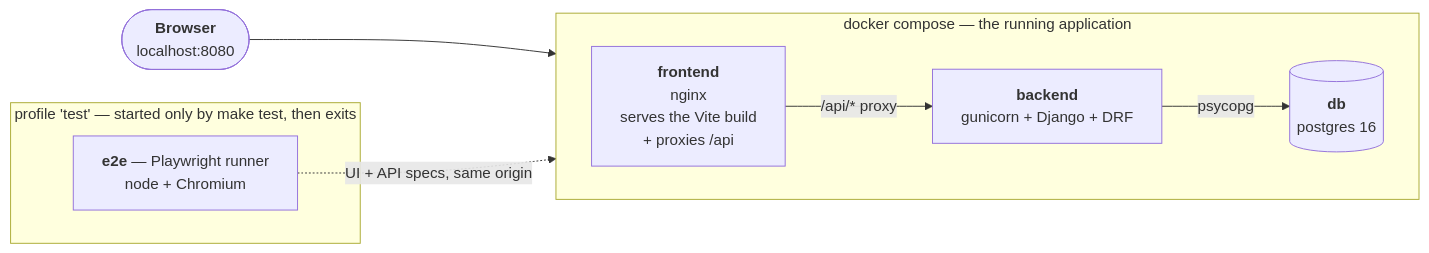
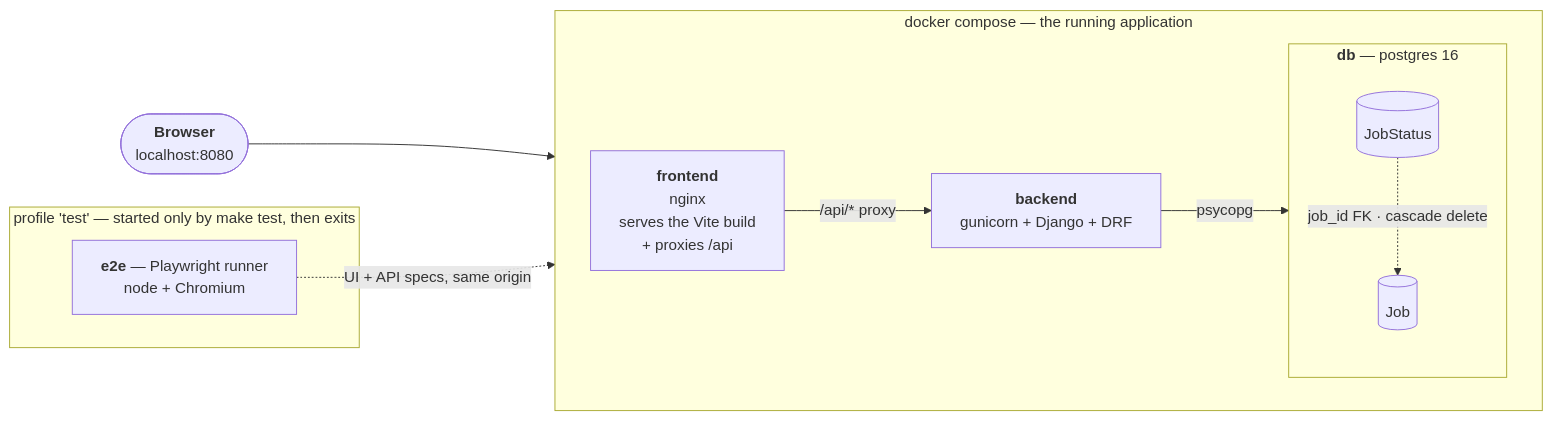
One commit to nina-jml/job-management-dashboard changed the diagram in README.md. Above: the diagram before and after it, drawn with Mermaid. The commit also changed other lines of this file, not shown here.

````diff
--- a/README.md
+++ b/README.md
@@ -50,20 +49,25 @@
 ```mermaid
 flowchart LR
     user(["<b>Browser</b><br/>localhost:8080"])
 
     subgraph runtime["docker compose — the running application"]
         direction LR
         fe["<b>frontend</b><br/>nginx<br/>serves the Vite build<br/>+ proxies /api"]
         be["<b>backend</b><br/>gunicorn + Django + DRF"]
-        db[("<b>db</b><br/>postgres 16")]
+        subgraph db["<b>db</b> — postgres 16"]
+            direction TB
+            tjob[("Job")]
+            tstatus[("JobStatus")]
+            tstatus -.->|"job_id FK · cascade delete"| tjob
+        end
     end
 
     subgraph testing["profile 'test' — started only by make test, then exits"]
         e2e["<b>e2e</b> — Playwright runner<br/>node + Chromium"]
     end
 
     user --> fe
     fe -->|"/api/* proxy"| be
     be -->|"psycopg"| db
     e2e -.->|"UI + API specs, same origin"| fe
 ```
````
